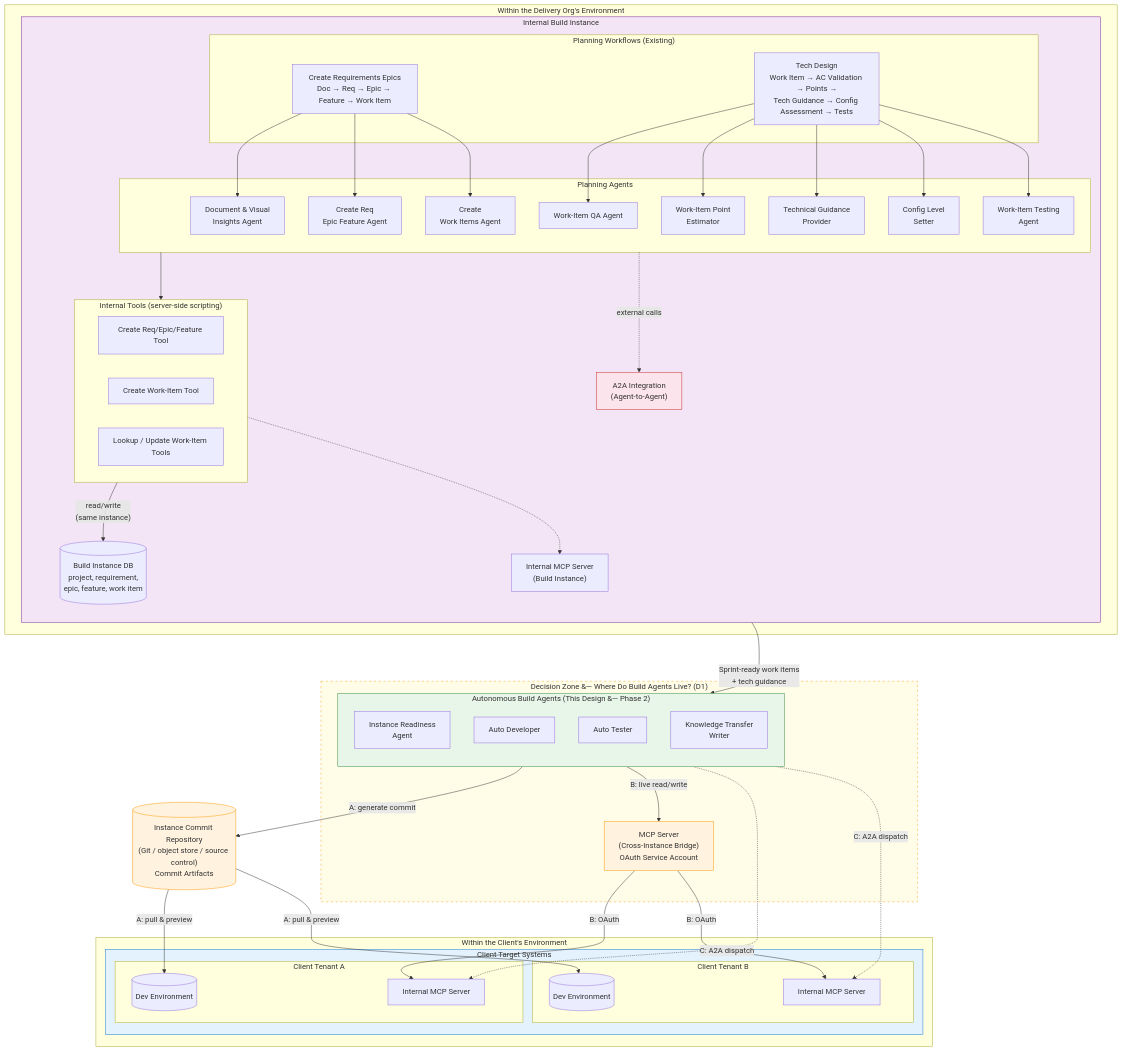
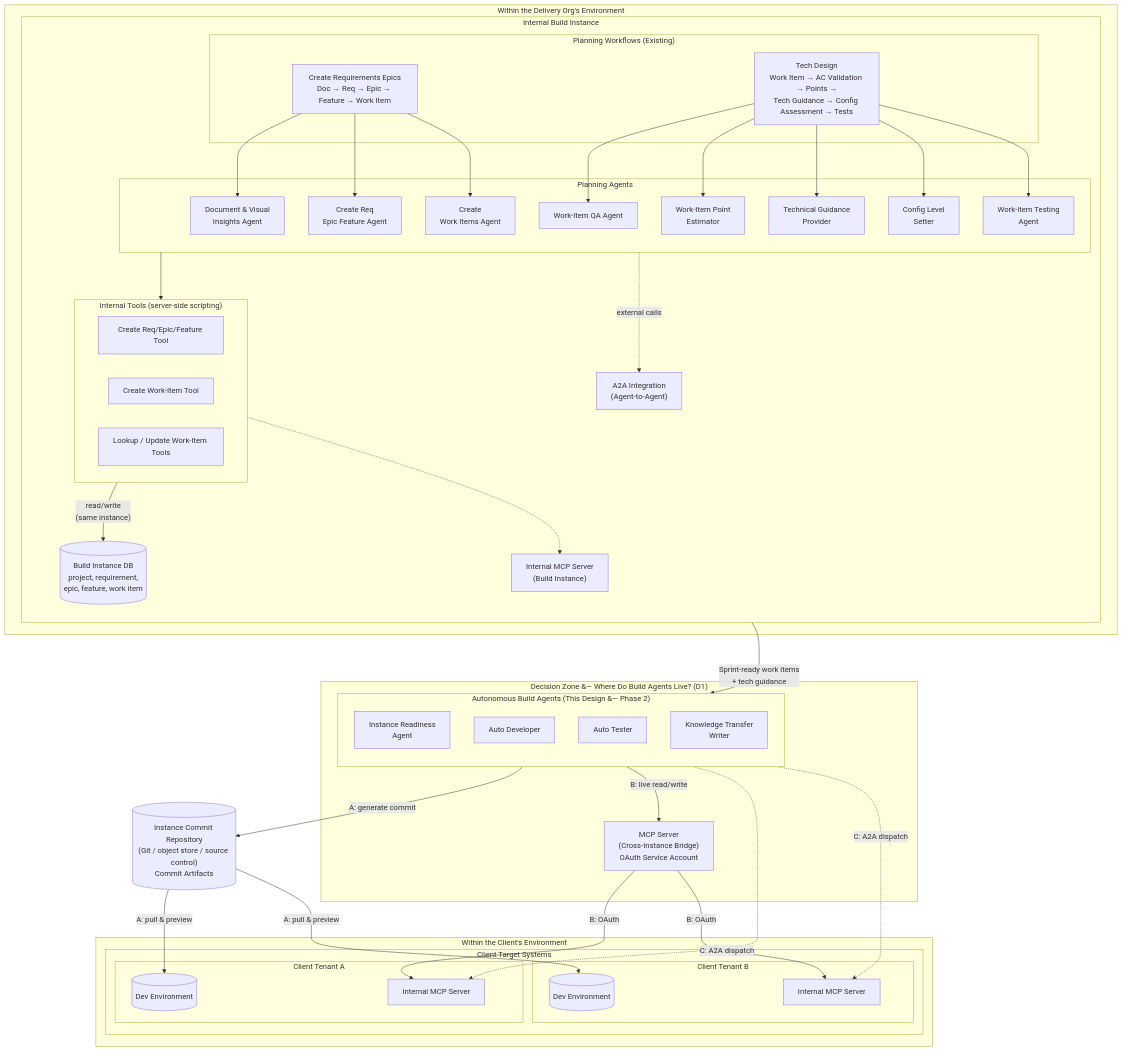
One commit to omars-lab/omars-lab.github.io changed the first of 14 diagrams in bytesofpurpose-blog/designs/2026-02-27-autonomous-build-agents.mdx. Above: the diagram before and after it, drawn with Mermaid. The commit also changed other lines of this file and 6 other files, not shown here.

First line of the commit message:
feat(designs): on-brand mermaid theme + dark-mode-adaptive diagrams

````diff
--- a/bytesofpurpose-blog/designs/2026-02-27-autonomous-build-agents.mdx
+++ b/bytesofpurpose-blog/designs/2026-02-27-autonomous-build-agents.mdx
@@ -154,11 +154,4 @@
     IMPL -.->|"C: A2A dispatch"| MCP_CUST1
     IMPL -.->|"C: A2A dispatch"| MCP_CUST2
 
-    style IMPL fill:#e8f5e9,stroke:#388e3c
-    style CUSTOMERS fill:#e3f2fd,stroke:#1976d2
-    style BUILD fill:#f3e5f5,stroke:#7b1fa2
-    style MCP_BRIDGE fill:#fff3e0,stroke:#ff9800
-    style DECISION_ZONE fill:#fffde7,stroke:#f9a825,stroke-dasharray: 5 5
-    style REPO fill:#fff3e0,stroke:#ff9800
-    style A2A fill:#fce4ec,stroke:#c62828
 ```
````
